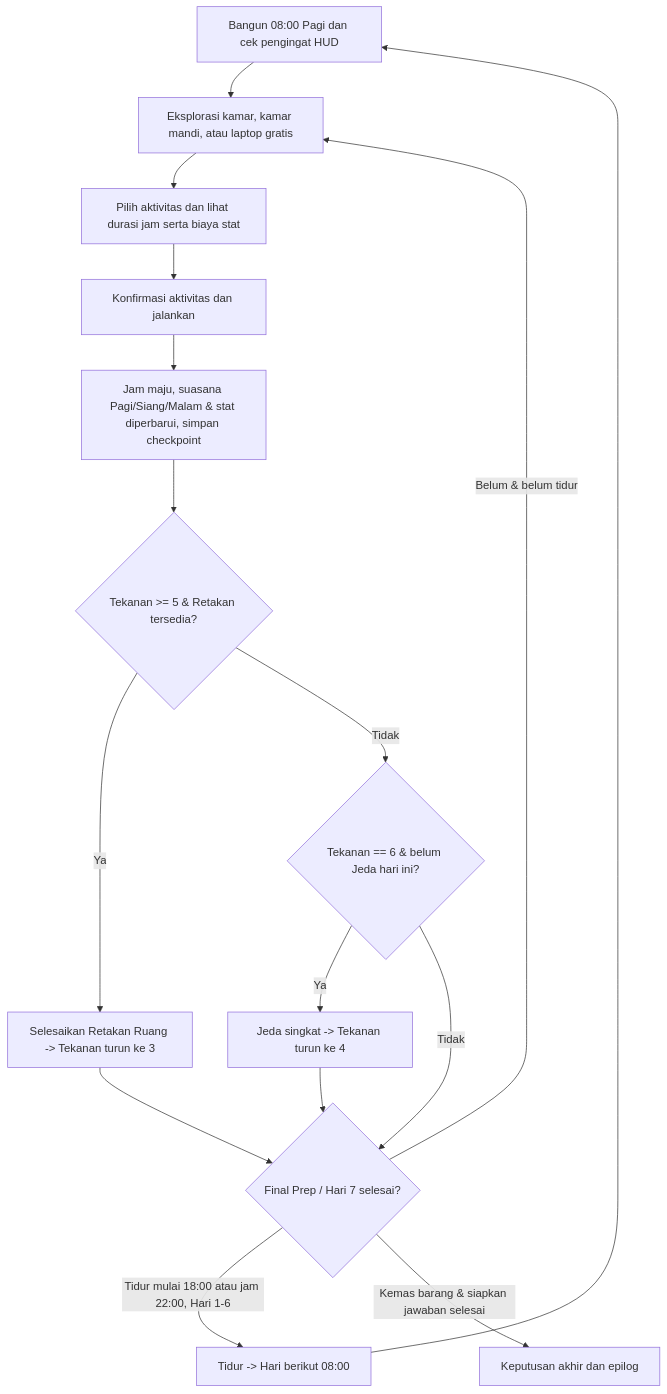
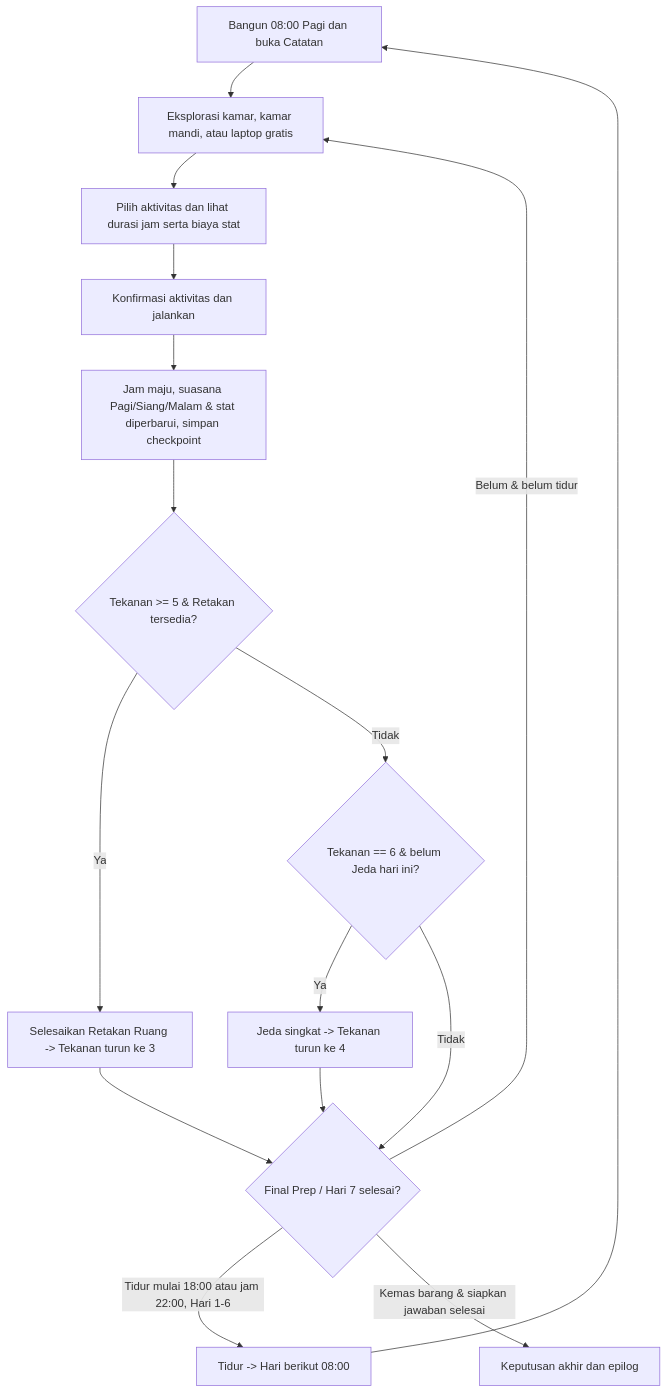
The first of 2 diagrams in Docs/GDD.md (minouse3/sela), drawn with Mermaid before and after one commit. The commit also changed other lines of this file and 31 other files, not shown here.

````diff
--- a/Docs/GDD.md
+++ b/Docs/GDD.md
@@ -102,18 +102,18 @@
 ```mermaid
 flowchart TD
-    A[Bangun 08:00 Pagi dan cek pengingat HUD] --> B[Eksplorasi kamar, kamar mandi, atau laptop gratis]
+    A[Bangun 08:00 Pagi dan buka Catatan] --> B[Eksplorasi kamar, kamar mandi, atau laptop gratis]
     B --> C[Pilih aktivitas dan lihat durasi jam serta biaya stat]
     C --> D[Konfirmasi aktivitas dan jalankan]
     D --> E[Jam maju, suasana Pagi/Siang/Malam & stat diperbarui, simpan checkpoint]
     E --> F{Tekanan >= 5 & Retakan tersedia?}
     F -->|Ya| G[Selesaikan Retakan Ruang -> Tekanan turun ke 3]
     F -->|Tidak| H{Tekanan == 6 & belum Jeda hari ini?}
     H -->|Ya| J1[Jeda singkat -> Tekanan turun ke 4]
     H -->|Tidak| K{Final Prep / Hari 7 selesai?}
     G --> K
     J1 --> K
     K -->|Belum & belum tidur| B
     K -->|Tidur mulai 18:00 atau jam 22:00, Hari 1-6| I[Tidur -> Hari berikut 08:00]
     I --> A
     K -->|Kemas barang & siapkan jawaban selesai| J[Keputusan akhir dan epilog]
 ```
````
